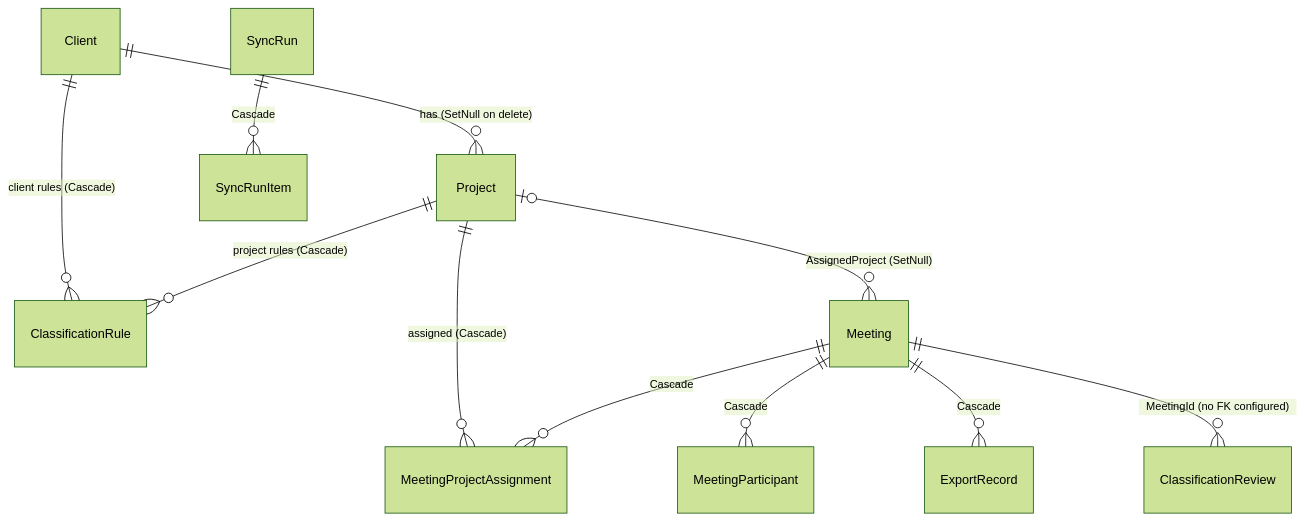
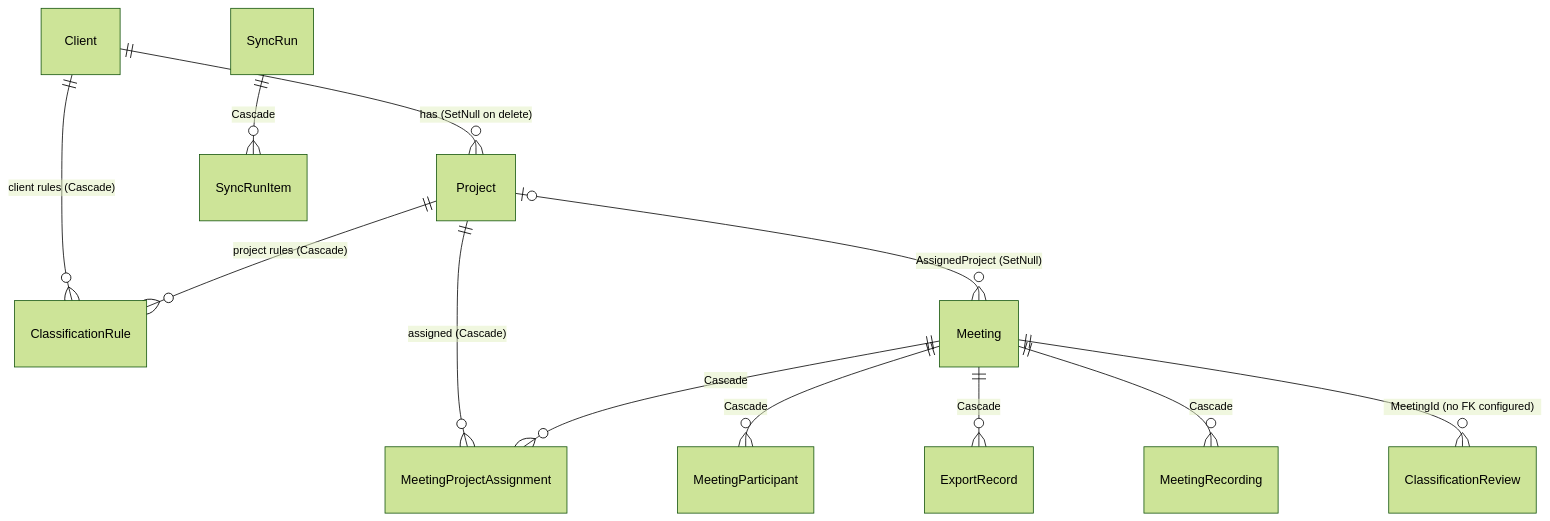
One commit to mm-kishanp/AI-Note-Taker-To-Local-Files changed the diagram in docs/project-intelligence/data-model.md. Above: the diagram before and after it, drawn with Mermaid (forest theme). The commit also changed other lines of this file and 53 other files, not shown here.

First line of the commit message:
feat: Add Meeting Recordings functionality and RecordingDownloader service

````diff
--- a/docs/project-intelligence/data-model.md
+++ b/docs/project-intelligence/data-model.md
@@ -19,13 +19,14 @@
 ```mermaid
 erDiagram
     Client ||--o{ Project : "has (SetNull on delete)"
     Client ||--o{ ClassificationRule : "client rules (Cascade)"
     Project ||--o{ ClassificationRule : "project rules (Cascade)"
     Project ||--o{ MeetingProjectAssignment : "assigned (Cascade)"
     Project |o--o{ Meeting : "AssignedProject (SetNull)"
     Meeting ||--o{ MeetingParticipant : "Cascade"
     Meeting ||--o{ MeetingProjectAssignment : "Cascade"
     Meeting ||--o{ ExportRecord : "Cascade"
+    Meeting ||--o{ MeetingRecording : "Cascade"
     SyncRun ||--o{ SyncRunItem : "Cascade"
     Meeting ||--o{ ClassificationReview : "MeetingId (no FK configured)"
 ```
````
